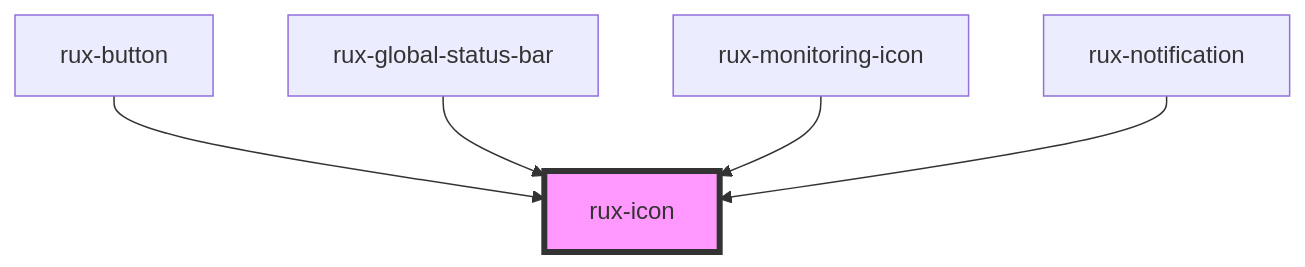
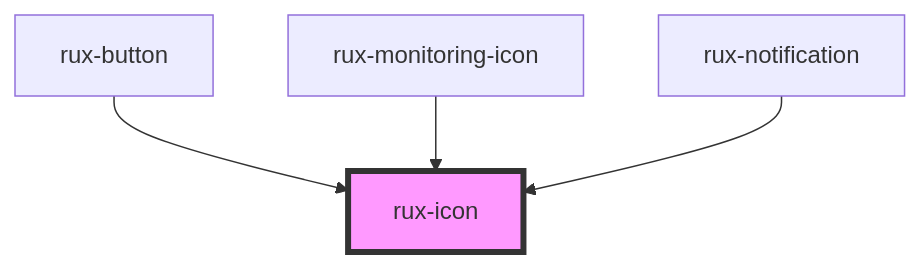
Before and after one commit to RocketCommunicationsInc/astro-components-stencil: the diagram in src/components/rux-icon/readme.md, drawn with Mermaid. The commit also changed 4 other files, not shown here.

````diff
--- a/src/components/rux-icon/readme.md
+++ b/src/components/rux-icon/readme.md
@@ -144,8 +144,7 @@
 ```mermaid
 graph TD;
   rux-button --> rux-icon
-  rux-global-status-bar --> rux-icon
   rux-monitoring-icon --> rux-icon
   rux-notification --> rux-icon
   style rux-icon fill:#f9f,stroke:#333,stroke-width:4px
 ```
````
